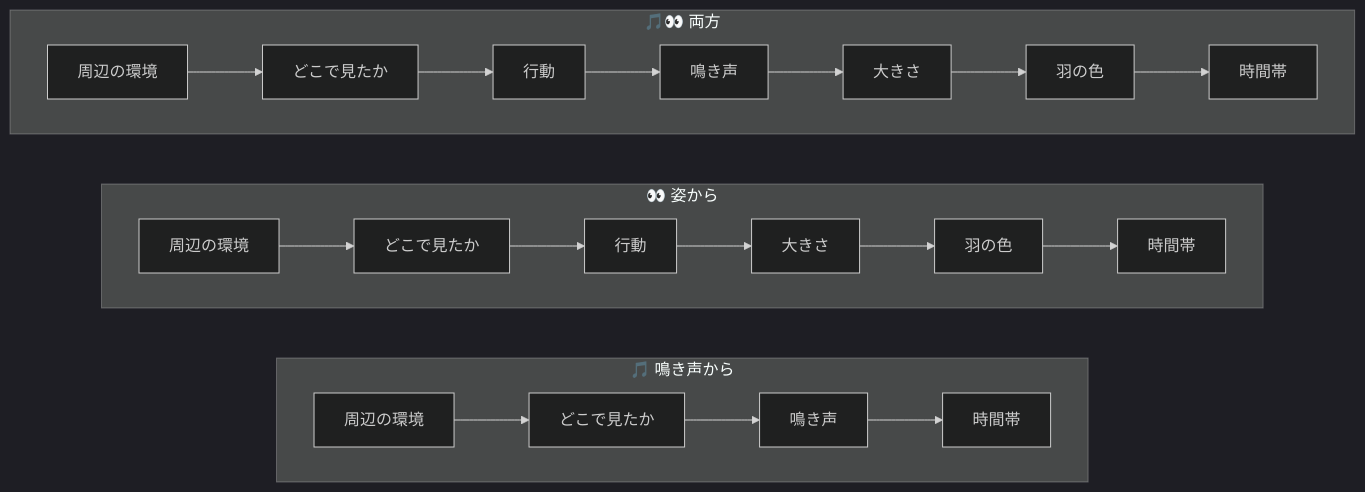
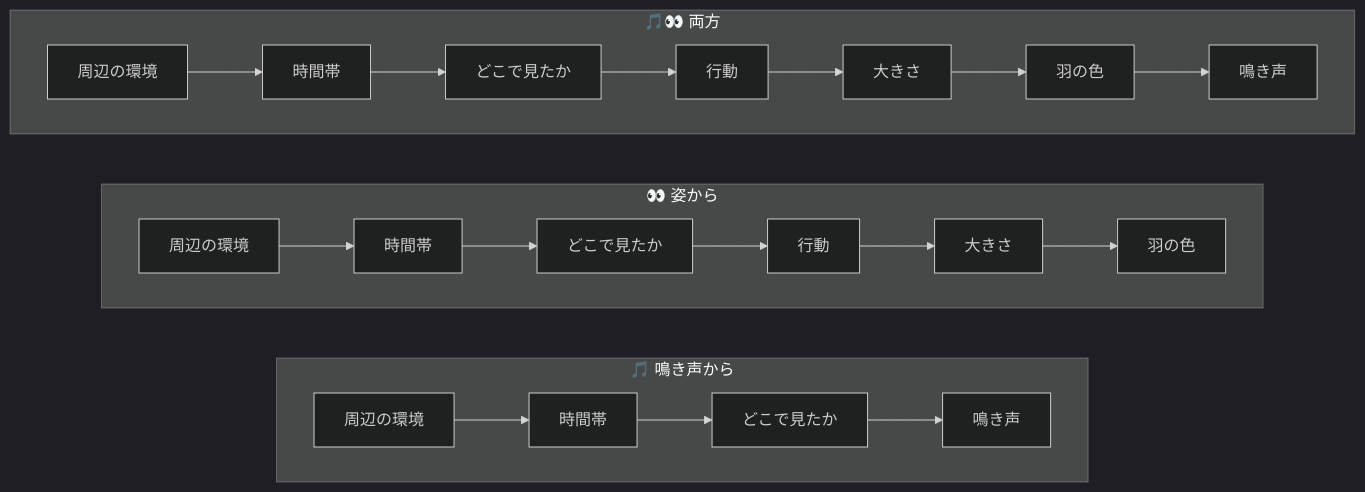
Before and after one commit to uchi-stock/bird-finder: the fourth of 4 diagrams in docs/selection-options.md, drawn with Mermaid (dark theme). The commit also changed other lines of this file and 8 other files, not shown here.

````diff
--- a/docs/selection-options.md
+++ b/docs/selection-options.md
@@ -166,32 +166,32 @@
 ```mermaid
 flowchart LR
   subgraph MODE_voice["🎵 鳴き声から"]
     direction LR
     M_voice_0["周辺の環境"]
-    M_voice_1["どこで見たか"]
-    M_voice_2["鳴き声"]
-    M_voice_3["時間帯"]
+    M_voice_1["時間帯"]
+    M_voice_2["どこで見たか"]
+    M_voice_3["鳴き声"]
     M_voice_0 --> M_voice_1 --> M_voice_2 --> M_voice_3
   end
   subgraph MODE_sight["👀 姿から"]
     direction LR
     M_sight_0["周辺の環境"]
-    M_sight_1["どこで見たか"]
-    M_sight_2["行動"]
-    M_sight_3["大きさ"]
-    M_sight_4["羽の色"]
-    M_sight_5["時間帯"]
+    M_sight_1["時間帯"]
+    M_sight_2["どこで見たか"]
+    M_sight_3["行動"]
+    M_sight_4["大きさ"]
+    M_sight_5["羽の色"]
     M_sight_0 --> M_sight_1 --> M_sight_2 --> M_sight_3 --> M_sight_4 --> M_sight_5
   end
   subgraph MODE_both["🎵👀 両方"]
     direction LR
     M_both_0["周辺の環境"]
-    M_both_1["どこで見たか"]
-    M_both_2["行動"]
-    M_both_3["鳴き声"]
+    M_both_1["時間帯"]
+    M_both_2["どこで見たか"]
+    M_both_3["行動"]
     M_both_4["大きさ"]
     M_both_5["羽の色"]
-    M_both_6["時間帯"]
+    M_both_6["鳴き声"]
     M_both_0 --> M_both_1 --> M_both_2 --> M_both_3 --> M_both_4 --> M_both_5 --> M_both_6
   end
 ```
````
